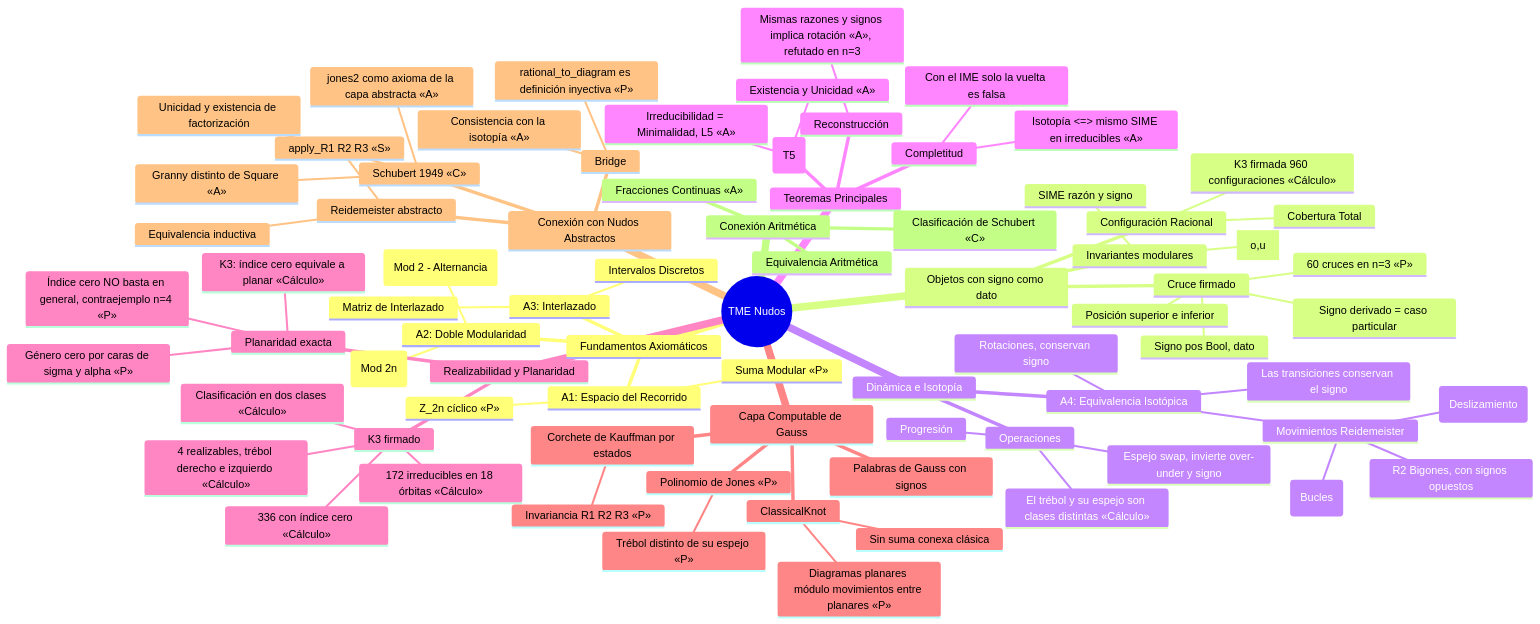
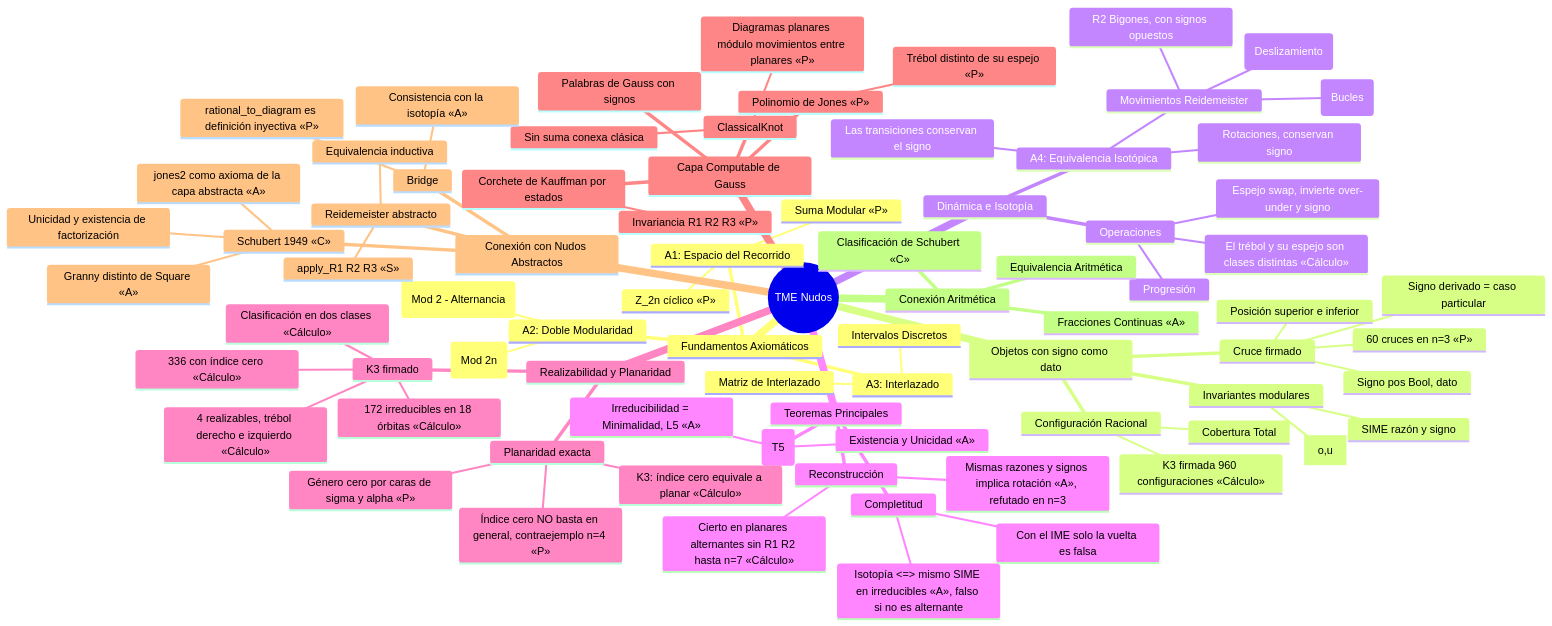
One commit to PabloeCancino/TME_Nudos changed the diagram in MapaMental_TME.md. Above: the diagram before and after it, drawn with Mermaid. The commit also changed 4 other files, not shown here.

Commit message:
test: sondas 18 y 18b (fase 1); SIME completo en planares alternantes sin R1/R2 hasta n=7, falso en general; plan, bitacora y mapa actualizados

````diff
--- a/MapaMental_TME.md
+++ b/MapaMental_TME.md
@@ -9,81 +9,82 @@
 ```mermaid
 mindmap
   root((TME Nudos))
     Fundamentos Axiomáticos
       A1: Espacio del Recorrido
         Z_2n cíclico «P»
         Suma Modular «P»
       A2: Doble Modularidad
         Trayectoria (Mod 2n)
         Nivel (Mod 2 - Alternancia)
       A3: Interlazado
         Intervalos Discretos
         Matriz de Interlazado
     Objetos con signo como dato
       Cruce firmado
         Posición superior e inferior
         Signo pos Bool, dato
         60 cruces en n=3 «P»
         Signo derivado = caso particular
       Configuración Racional
         Cobertura Total
         K3 firmada 960 configuraciones «Cálculo»
       Invariantes modulares
         IME Razón Modular [o,u]
         SIME razón y signo
     Dinámica e Isotopía
       A4: Equivalencia Isotópica
         Movimientos Reidemeister
           R1 (Bucles)
           R2 Bigones, con signos opuestos
           R3 (Deslizamiento)
         Las transiciones conservan el signo
         Rotaciones, conservan signo
       Operaciones
         Espejo swap, invierte over-under y signo
         El trébol y su espejo son clases distintas «Cálculo»
         Progresión
     Teoremas Principales
       Reconstrucción
         Mismas razones y signos implica rotación «A», refutado en n=3
+        Cierto en planares alternantes sin R1 R2 hasta n=7 «Cálculo»
       Forma Normal (T5)
         Existencia y Unicidad «A»
         Irreducibilidad = Minimalidad, L5 «A»
       Completitud
-        Isotopía <=> mismo SIME en irreducibles «A»
+        Isotopía <=> mismo SIME en irreducibles «A», falso si no es alternante
         Con el IME solo la vuelta es falsa
     Realizabilidad y Planaridad
       K3 firmado
         172 irreducibles en 18 órbitas «Cálculo»
         336 con índice cero «Cálculo»
         4 realizables, trébol derecho e izquierdo «Cálculo»
         Clasificación en dos clases «Cálculo»
       Planaridad exacta
         Género cero por caras de sigma y alpha «P»
         K3: índice cero equivale a planar «Cálculo»
         Índice cero NO basta en general, contraejemplo n=4 «P»
     Capa Computable de Gauss
       Palabras de Gauss con signos
       Corchete de Kauffman por estados
         Invariancia R1 R2 R3 «P»
       Polinomio de Jones «P»
         Trébol distinto de su espejo «P»
       ClassicalKnot
         Diagramas planares módulo movimientos entre planares «P»
         Sin suma conexa clásica
     Conexión con Nudos Abstractos
       Schubert 1949 «C»
         Unicidad y existencia de factorización
         jones2 como axioma de la capa abstracta «A»
         Granny distinto de Square «A»
       Bridge
         rational_to_diagram es definición inyectiva «P»
         Consistencia con la isotopía «A»
       Reidemeister abstracto
         Equivalencia inductiva
         apply_R1 R2 R3 «S»
     Conexión Aritmética
       Fracciones Continuas «A»
       Clasificación de Schubert «C»
       Equivalencia Aritmética
 ```
````
